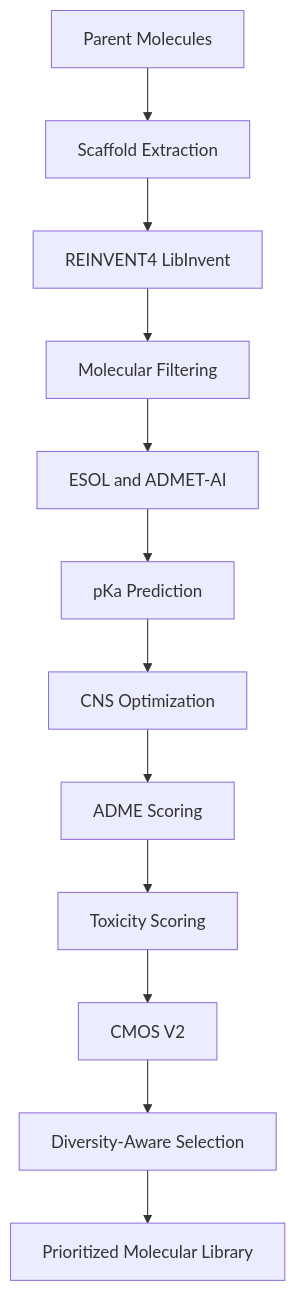
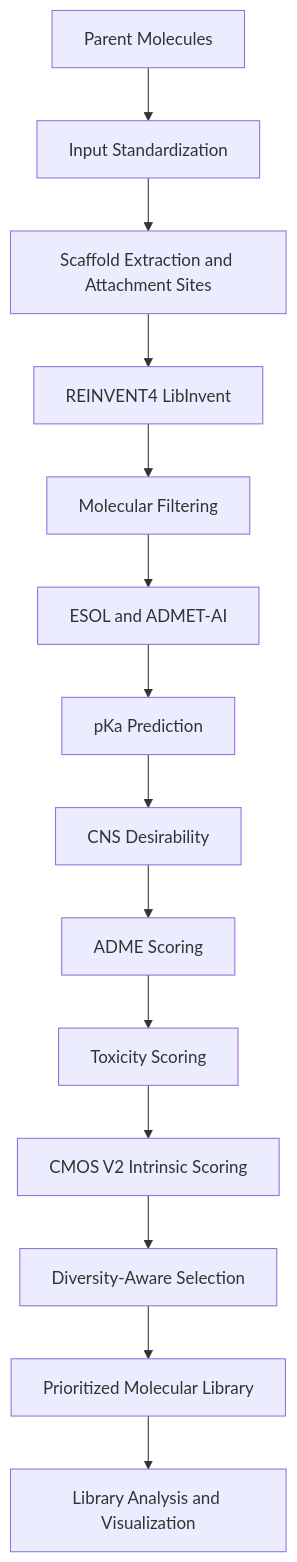
Before and after one commit to amir-tagh/REINVENT4-Scaffold-Generator: the diagram in README.md, drawn with Mermaid. The commit also changed other lines of this file and 40 other files, not shown here.

````diff
--- a/README.md
+++ b/README.md
@@ -9,14 +37,16 @@
 ```mermaid
 flowchart TD
-    A[Parent Molecules] --> B[Scaffold Extraction]
-    B --> C[REINVENT4 LibInvent]
-    C --> D[Molecular Filtering]
-    D --> E[ESOL and ADMET-AI]
-    E --> F[pKa Prediction]
-    F --> G[CNS Optimization]
-    G --> H[ADME Scoring]
-    H --> I[Toxicity Scoring]
-    I --> J[CMOS V2]
-    J --> K[Diversity-Aware Selection]
-    K --> L[Prioritized Molecular Library]
+    A[Parent Molecules] --> B[Input Standardization]
+    B --> C[Scaffold Extraction and Attachment Sites]
+    C --> D[REINVENT4 LibInvent]
+    D --> E[Molecular Filtering]
+    E --> F[ESOL and ADMET-AI]
+    F --> G[pKa Prediction]
+    G --> H[CNS Desirability]
+    H --> I[ADME Scoring]
+    I --> J[Toxicity Scoring]
+    J --> K[CMOS V2 Intrinsic Scoring]
+    K --> L[Diversity-Aware Selection]
+    L --> M[Prioritized Molecular Library]
+    M --> N[Library Analysis and Visualization]
 ```
````
